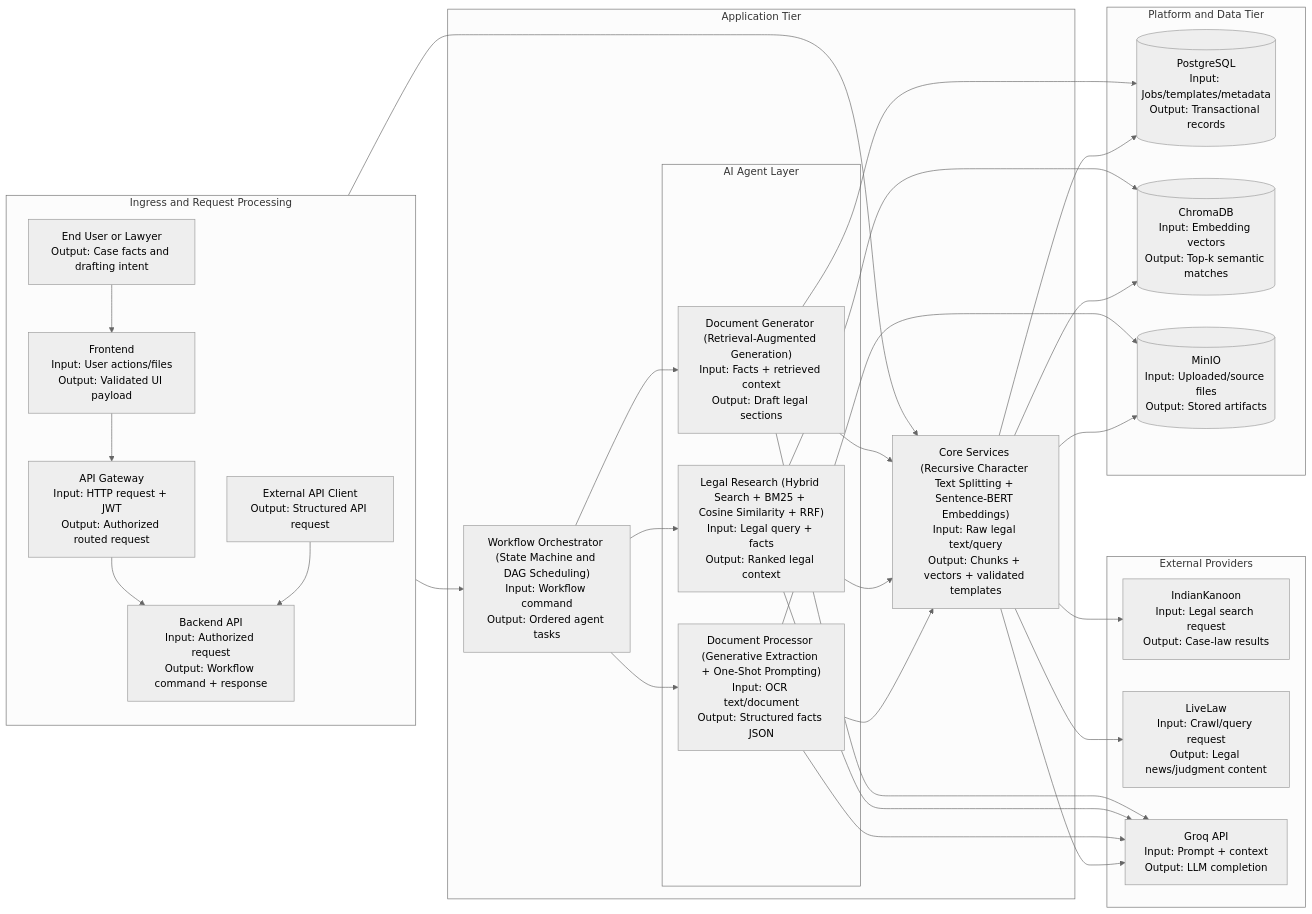
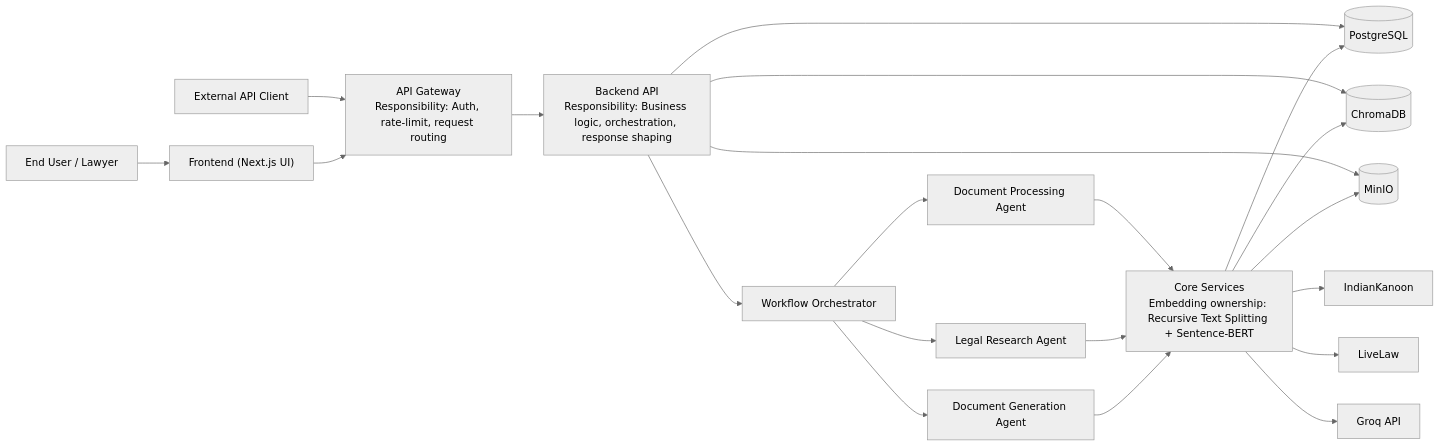
One commit to delisha02/droitdraft changed the first of 4 diagrams in docs/system_architecture_diagram.md. Above: the diagram before and after it, drawn with Mermaid (neutral theme).

Commit message:
Provide focused Mermaid diagram with gateway/backend/storage clarifications

````diff
--- a/docs/system_architecture_diagram.md
+++ b/docs/system_architecture_diagram.md
@@ -7,67 +7,29 @@
 ```mermaid
 flowchart LR
-    %% Ingress Lane (center-aligned before orchestrator)
-    subgraph INGRESS["Ingress and Request Processing"]
-        direction TB
-        User["End User or Lawyer\nOutput: Case facts and drafting intent"]
-        APIClient["External API Client\nOutput: Structured API request"]
-        FE["Frontend\nInput: User actions/files\nOutput: Validated UI payload"]
-        Gateway["API Gateway\nInput: HTTP request + JWT\nOutput: Authorized routed request"]
-        BE["Backend API\nInput: Authorized request\nOutput: Workflow command + response"]
+    User["End User / Lawyer"] --> FE["Frontend (Next.js UI)"]
+    APIClient["External API Client"] --> GW
 
-        User --> FE
-        FE --> Gateway --> BE
-        APIClient --> BE
-    end
+    FE --> GW["API Gateway\nResponsibility: Auth, rate-limit, request routing"]
+    GW --> BE["Backend API\nResponsibility: Business logic, orchestration, response shaping"]
 
-    %% Application Tier
-    subgraph APP["Application Tier"]
-        Orch["Workflow Orchestrator (State Machine and DAG Scheduling)\nInput: Workflow command\nOutput: Ordered agent tasks"]
+    BE --> Orch["Workflow Orchestrator"]
+    Orch --> DocProc["Document Processing Agent"]
+    Orch --> LegalRes["Legal Research Agent"]
+    Orch --> DocGen["Document Generation Agent"]
 
-        subgraph AGENTS["AI Agent Layer"]
-            DocProc["Document Processor (Generative Extraction + One-Shot Prompting)\nInput: OCR text/document\nOutput: Structured facts JSON"]
-            LegalRes["Legal Research (Hybrid Search + BM25 + Cosine Similarity + RRF)\nInput: Legal query + facts\nOutput: Ranked legal context"]
-            DocGen["Document Generator (Retrieval-Augmented Generation)\nInput: Facts + retrieved context\nOutput: Draft legal sections"]
-        end
-
-        Services["Core Services (Recursive Character Text Splitting + Sentence-BERT Embeddings)\nInput: Raw legal text/query\nOutput: Chunks + vectors + validated templates"]
-    end
-
-    %% Platform and Data
-    subgraph PLATFORM["Platform and Data Tier"]
-        PG[("PostgreSQL\nInput: Jobs/templates/metadata\nOutput: Transactional records")]
-        CH[("ChromaDB\nInput: Embedding vectors\nOutput: Top-k semantic matches")]
-        MO[("MinIO\nInput: Uploaded/source files\nOutput: Stored artifacts")]
-    end
-
-    %% External Providers
-    subgraph EXT["External Providers"]
-        IK["IndianKanoon\nInput: Legal search request\nOutput: Case-law results"]
-        LL["LiveLaw\nInput: Crawl/query request\nOutput: Legal news/judgment content"]
-        Groq["Groq API\nInput: Prompt + context\nOutput: LLM completion"]
-    end
-
-    BE --> Orch
-    Orch --> DocProc
-    Orch --> LegalRes
-    Orch --> DocGen
-
-    BE --> Services
-    DocProc --> Services
+    DocProc --> Services["Core Services\nEmbedding ownership: Recursive Text Splitting + Sentence-BERT"]
     LegalRes --> Services
     DocGen --> Services
 
+    %% Backend-mediated storage access only
+    BE --> PG[("PostgreSQL")]
+    BE --> CH[("ChromaDB")]
+    BE --> MO[("MinIO")]
     Services --> PG
     Services --> CH
     Services --> MO
-    DocProc --> MO
-    LegalRes --> CH
-    DocGen --> PG
 
-    Services --> IK
-    Services --> LL
-    Services --> Groq
-    DocProc --> Groq
-    LegalRes --> Groq
-    DocGen --> Groq
+    Services --> IK["IndianKanoon"]
+    Services --> LL["LiveLaw"]
+    Services --> Groq["Groq API"]
 ```
````
